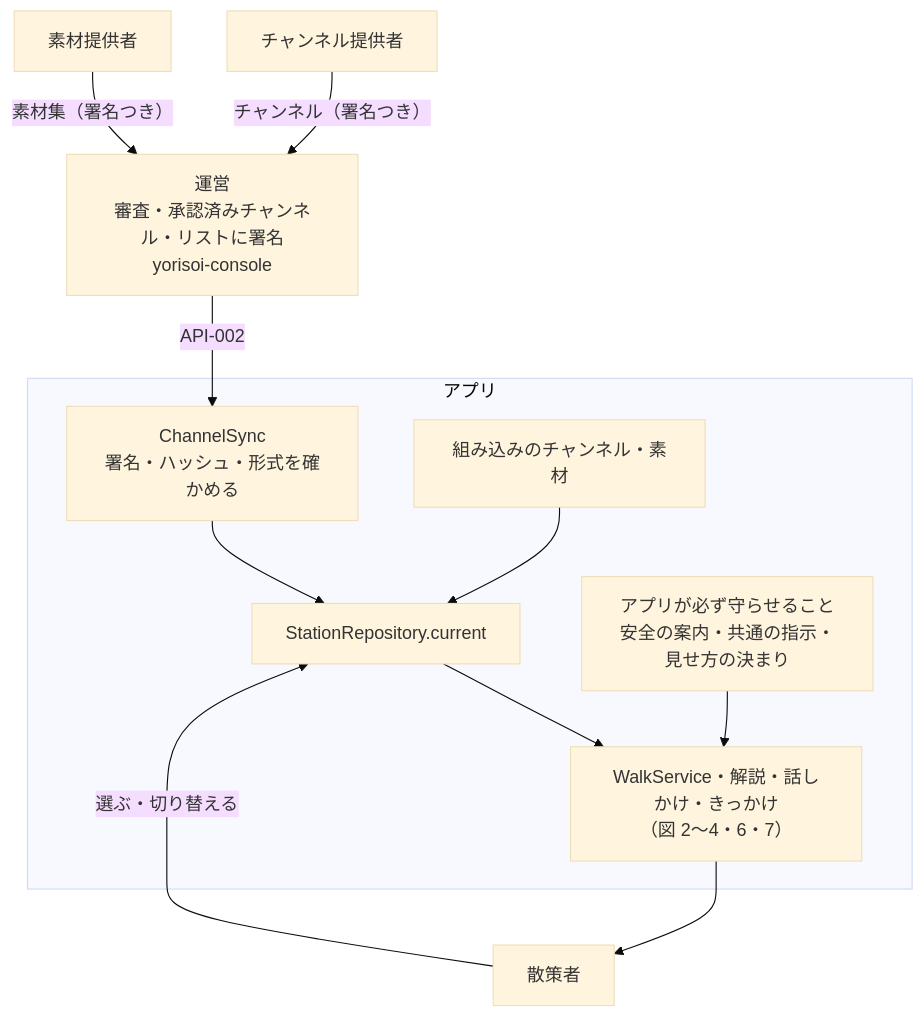
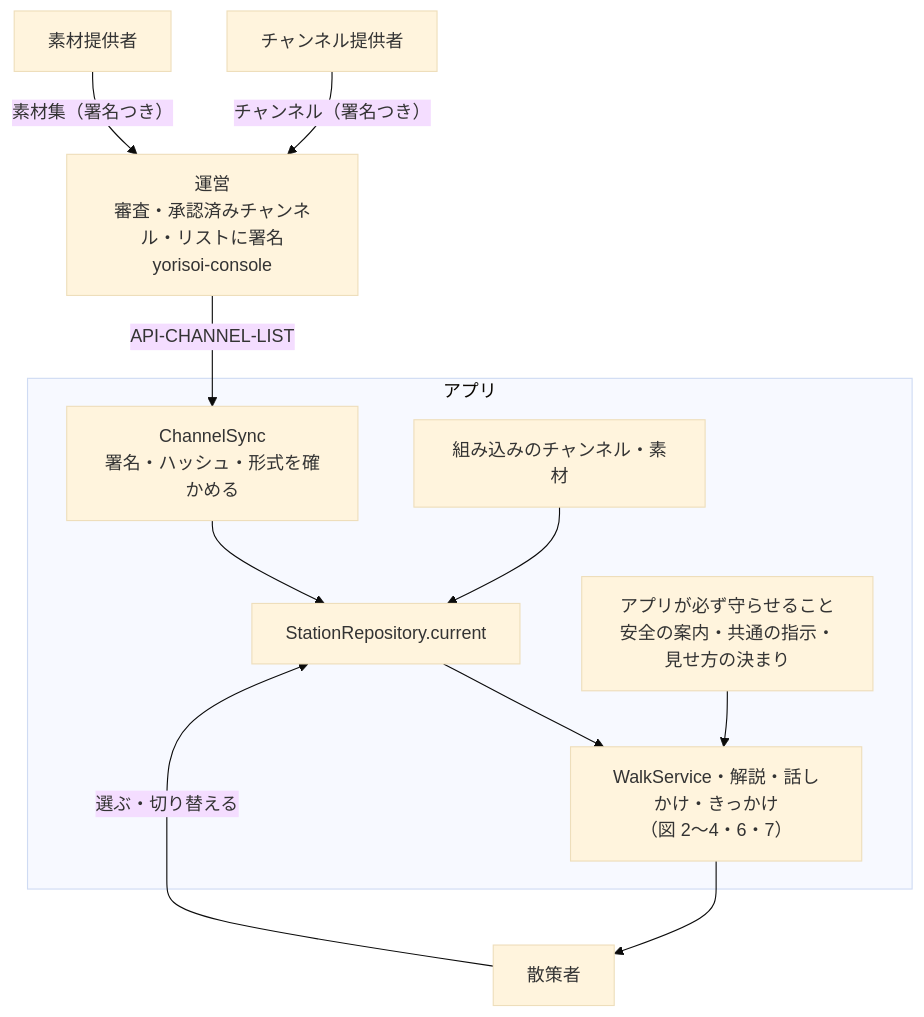
Before and after one commit to duwenji/yorisoi-sanpoguide: the first of 8 diagrams in docs/architecture.md, drawn with Mermaid (base theme). The commit also changed other lines of this file and 9 other files, not shown here.

````diff
--- a/docs/architecture.md
+++ b/docs/architecture.md
@@ -16,14 +16,14 @@
 ```mermaid
 flowchart TB
   CP["チャンネル提供者"] -- "チャンネル（署名つき）" --> OPS
   MP["素材提供者"] -- "素材集（署名つき）" --> OPS
-  OPS["運営<br/>審査・承認済みチャンネル・リストに署名<br/>yorisoi-console"] -- "API-002" --> Sync
+  OPS["運営<br/>審査・承認済みチャンネル・リストに署名<br/>yorisoi-console"] -- "API-CHANNEL-LIST" --> Sync
   subgraph APP["アプリ"]
     BuiltIn["組み込みのチャンネル・素材"] --> Repo
     Sync["ChannelSync<br/>署名・ハッシュ・形式を確かめる"] --> Repo["StationRepository.current"]
     Repo --> Walk["WalkService・解説・話しかけ・きっかけ<br/>（図 2〜4・6・7）"]
     Guard["アプリが必ず守らせること<br/>安全の案内・共通の指示・見せ方の決まり"] --> Walk
   end
   Walk --> W["散策者"]
   W -- "選ぶ・切り替える" --> Repo
 ```
````
